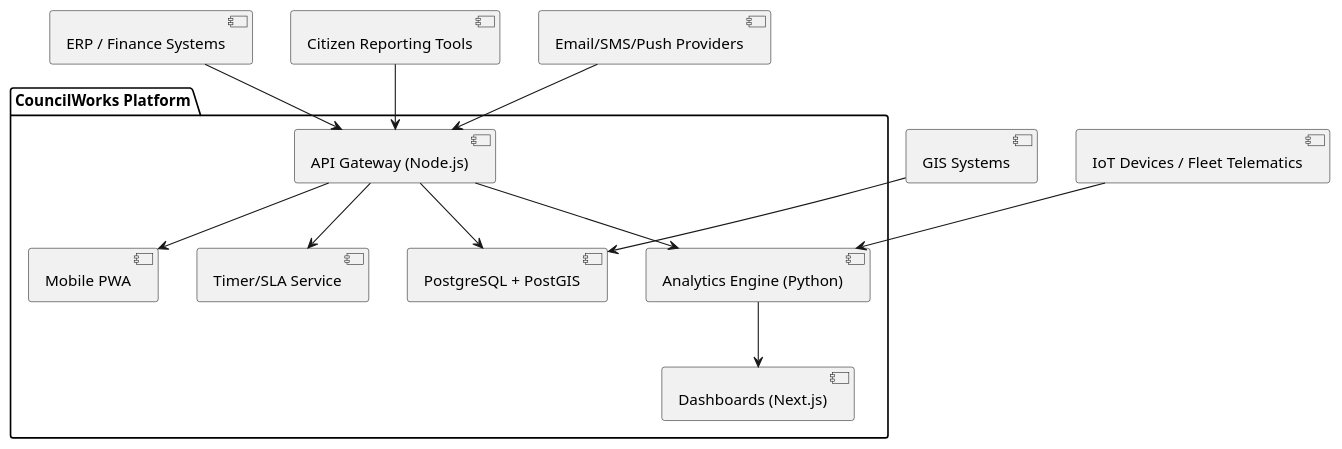
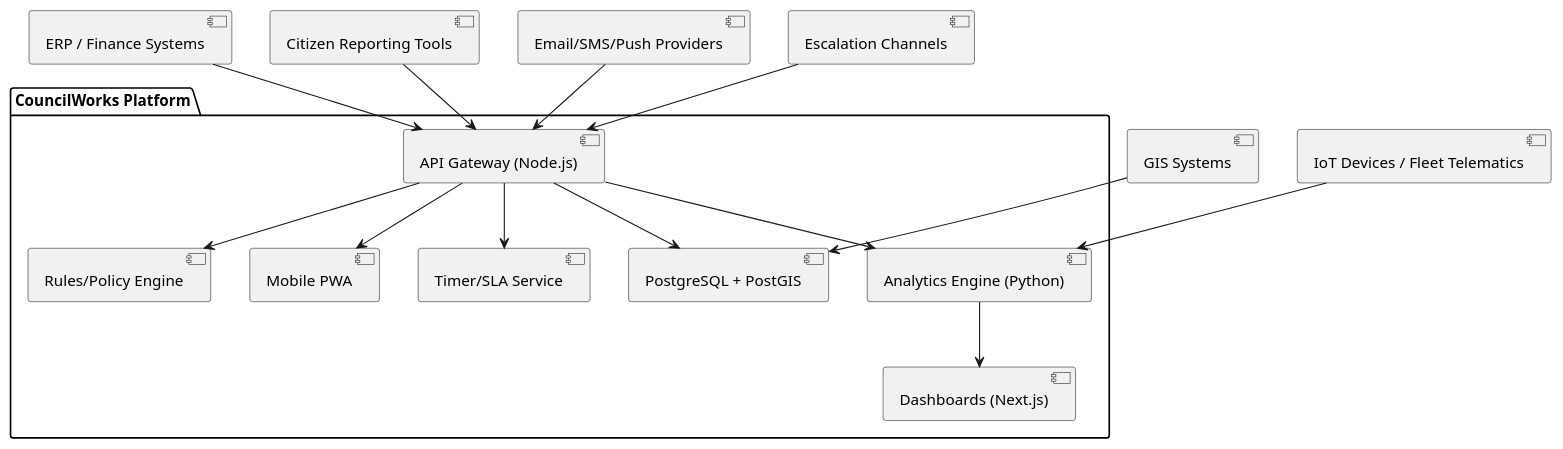
The diagram in docs/architecture/SAD.md (Duds/CouncilWorks), drawn with PlantUML before and after one commit. The commit also changed other lines of this file and 6 other files, not shown here.

Commit message:
docs(cct): integrate GridWorks positioning and RCM+CCT model; blueprint enforcement flow; SAD modules, data/process/security/metrics; RBAC critical control permissions; README references; developer brief; ERD entities

````diff
--- a/docs/architecture/SAD.md
+++ b/docs/architecture/SAD.md
@@ -91,17 +96,19 @@
 ```puml
 @startuml
 package "CouncilWorks Platform" {
   [API Gateway (Node.js)] --> [PostgreSQL + PostGIS]
   [API Gateway (Node.js)] --> [Analytics Engine (Python)]
   [Analytics Engine (Python)] --> [Dashboards (Next.js)]
   [API Gateway (Node.js)] --> [Mobile PWA]
   [API Gateway (Node.js)] --> [Timer/SLA Service]
+  [API Gateway (Node.js)] --> [Rules/Policy Engine]
 }
 
 [ERP / Finance Systems] --> [API Gateway (Node.js)]
 [Citizen Reporting Tools] --> [API Gateway (Node.js)]
 [GIS Systems] --> [PostgreSQL + PostGIS]
 [IoT Devices / Fleet Telematics] --> [Analytics Engine (Python)]
 [Email/SMS/Push Providers] --> [API Gateway (Node.js)]
+[Escalation Channels] --> [API Gateway (Node.js)]
 @enduml
 ```
````
